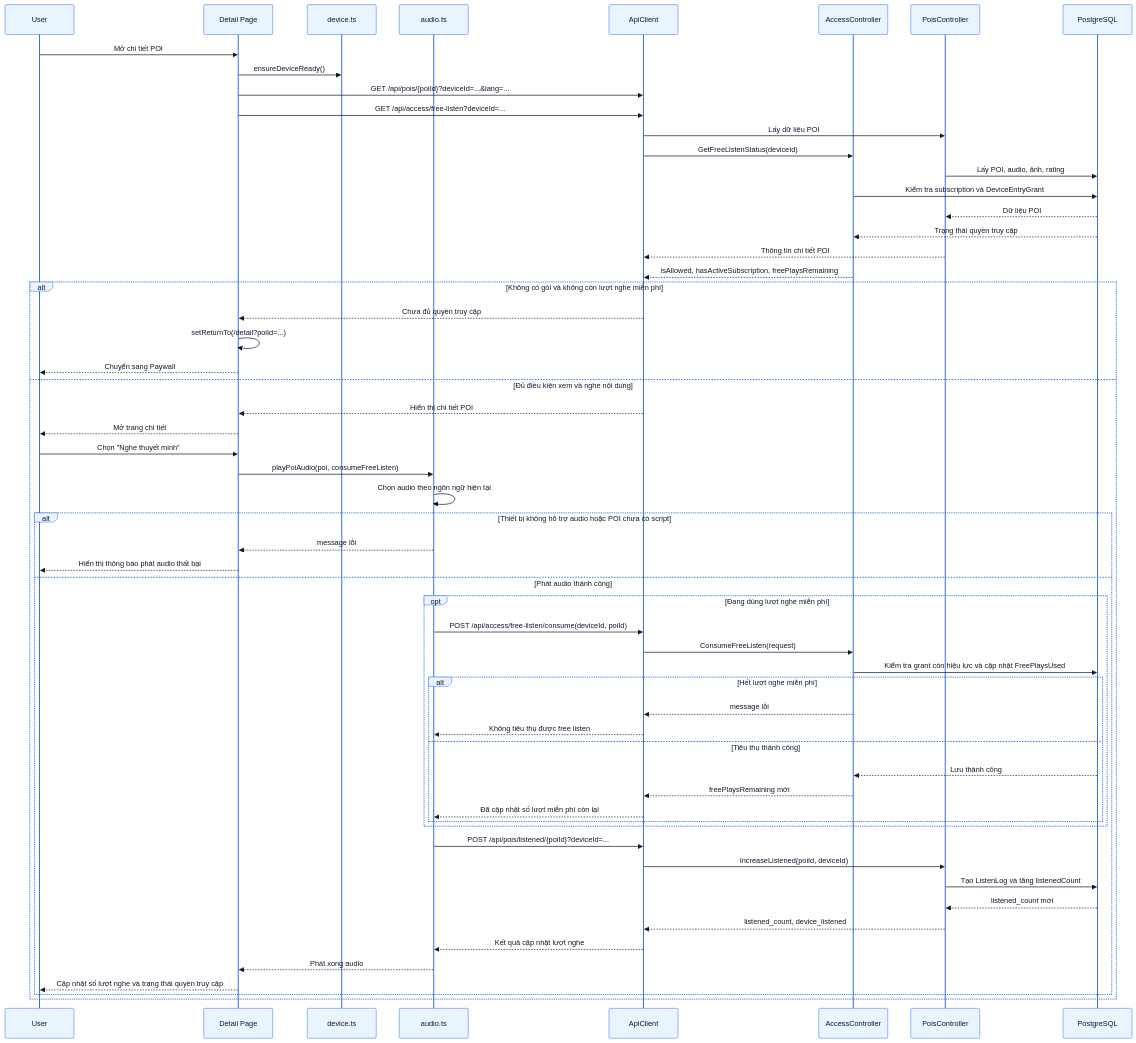
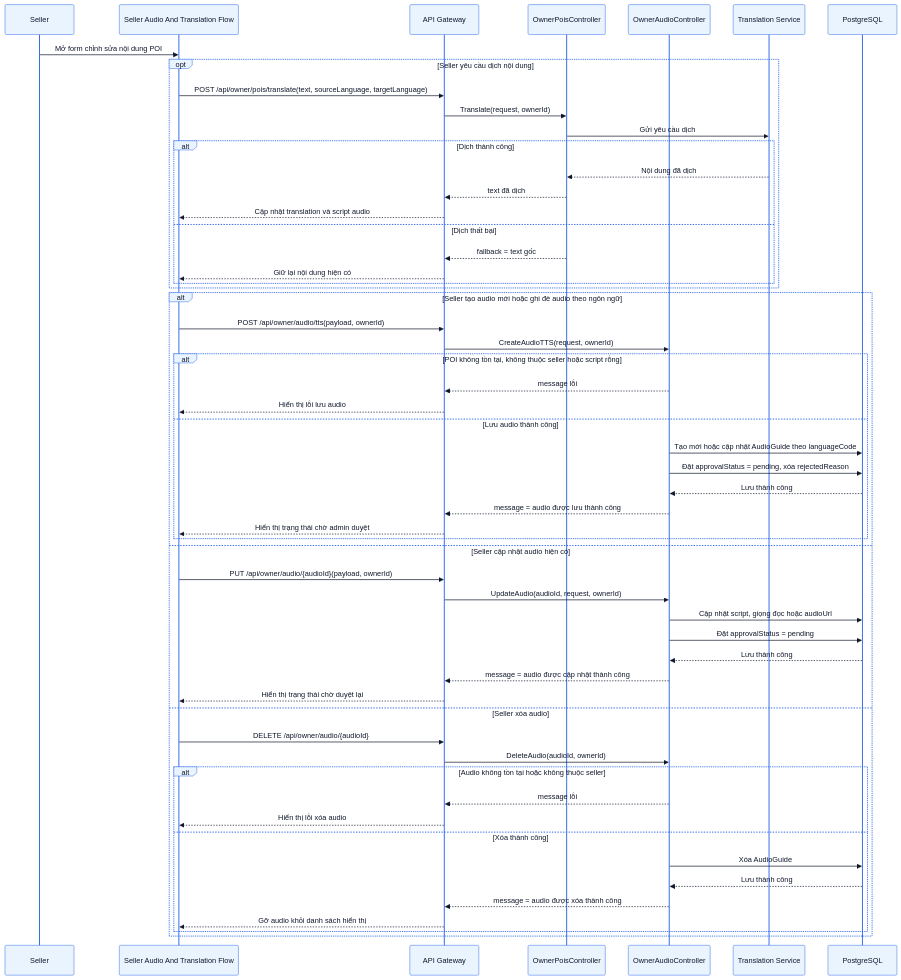
Diagram 12 of 30 in docs/PRD.md (thaiquanghieu/smart-guide-system), drawn with Mermaid before and after one commit. The commit also changed other lines of this file and 1 other file, not shown here.

````diff
--- a/docs/PRD.md
+++ b/docs/PRD.md
@@ -1098,82 +1441,80 @@
 ```mermaid
 %%{init: {
   "theme": "base",
   "themeVariables": {
     "primaryColor": "#EAF4FF",
     "primaryBorderColor": "#2563EB",
     "primaryTextColor": "#0F172A",
     "lineColor": "#2563EB",
     "secondaryColor": "#DBEAFE",
     "tertiaryColor": "#F8FBFF",
     "noteBkgColor": "#EFF6FF",
     "noteBorderColor": "#3B82F6",
     "activationBorderColor": "#2563EB",
     "activationBkgColor": "#DBEAFE",
     "sequenceNumberColor": "#0F172A"
   }
 }}%%
 sequenceDiagram
-    participant User as User
-    participant DetailPage as Detail Page
-    participant DeviceLib as device.ts
-    participant AudioSvc as audio.ts
-    participant API as ApiClient
-    participant AccessCtl as AccessController
-    participant PoiCtl as PoisController
+    participant Seller as Seller
+    participant ContentFlow as Seller Audio And Translation Flow
+    participant API as API Gateway
+    participant OwnerPoisCtl as OwnerPoisController
+    participant OwnerAudioCtl as OwnerAudioController
+    participant TranslateSvc as Translation Service
     participant DB as PostgreSQL
 
-    User ->> DetailPage: Mở chi tiết POI
-    DetailPage ->> DeviceLib: ensureDeviceReady()
-    DetailPage ->> API: GET /api/pois/{poiId}?deviceId=...&lang=...
-    DetailPage ->> API: GET /api/access/free-listen?deviceId=...
-    API ->> PoiCtl: Lấy dữ liệu POI
-    API ->> AccessCtl: GetFreeListenStatus(deviceId)
-    PoiCtl ->> DB: Lấy POI, audio, ảnh, rating
-    AccessCtl ->> DB: Kiểm tra subscription và DeviceEntryGrant
-    DB -->> PoiCtl: Dữ liệu POI
-    DB -->> AccessCtl: Trạng thái quyền truy cập
-    PoiCtl -->> API: Thông tin chi tiết POI
-    AccessCtl -->> API: isAllowed, hasActiveSubscription, freePlaysRemaining
+    Seller ->> ContentFlow: Mở form chỉnh sửa nội dung POI
 
-    alt Không có gói và không còn lượt nghe miễn phí
-        API -->> DetailPage: Chưa đủ quyền truy cập
-        DetailPage ->> DetailPage: setReturnTo(/detail?poiId=...)
-        DetailPage -->> User: Chuyển sang Paywall
-    else Đủ điều kiện xem và nghe nội dung
-        API -->> DetailPage: Hiển thị chi tiết POI
-        DetailPage -->> User: Mở trang chi tiết
+    opt Seller yêu cầu dịch nội dung
+        ContentFlow ->> API: POST /api/owner/pois/translate(text, sourceLanguage, targetLanguage)
+        API ->> OwnerPoisCtl: Translate(request, ownerId)
+        OwnerPoisCtl ->> TranslateSvc: Gửi yêu cầu dịch
 
-        User ->> DetailPage: Chọn "Nghe thuyết minh"
-        DetailPage ->> AudioSvc: playPoiAudio(poi, consumeFreeListen)
-        AudioSvc ->> AudioSvc: Chọn audio theo ngôn ngữ hiện tại
+        alt Dịch thành công
+            TranslateSvc -->> OwnerPoisCtl: Nội dung đã dịch
+            OwnerPoisCtl -->> API: text đã dịch
+            API -->> ContentFlow: Cập nhật translation và script audio
+        else Dịch thất bại
+            OwnerPoisCtl -->> API: fallback = text gốc
+            API -->> ContentFlow: Giữ lại nội dung hiện có
+        end
+    end
 
-        alt Thiết bị không hỗ trợ audio hoặc POI chưa có script
-            AudioSvc -->> DetailPage: message lỗi
-            DetailPage -->> User: Hiển thị thông báo phát audio thất bại
-        else Phát audio thành công
-            opt Đang dùng lượt nghe miễn phí
-                AudioSvc ->> API: POST /api/access/free-listen/consume(deviceId, poiId)
-                API ->> AccessCtl: ConsumeFreeListen(request)
-                AccessCtl ->> DB: Kiểm tra grant còn hiệu lực và cập nhật FreePlaysUsed
+    alt Seller tạo audio mới hoặc ghi đè audio theo ngôn ngữ
+        ContentFlow ->> API: POST /api/owner/audio/tts(payload, ownerId)
+        API ->> OwnerAudioCtl: CreateAudioTTS(request, ownerId)
 
-                alt Hết lượt nghe miễn phí
-                    AccessCtl -->> API: message lỗi
-                    API -->> AudioSvc: Không tiêu thụ được free listen
-                else Tiêu thụ thành công
-                    DB -->> AccessCtl: Lưu thành công
-                    AccessCtl -->> API: freePlaysRemaining mới
-                    API -->> AudioSvc: Đã cập nhật số lượt miễn phí còn lại
-                end
-            end
+        alt POI không tồn tại, không thuộc seller hoặc script rỗng
+            OwnerAudioCtl -->> API: message lỗi
+            API -->> ContentFlow: Hiển thị lỗi lưu audio
+        else Lưu audio thành công
+            OwnerAudioCtl ->> DB: Tạo mới hoặc cập nhật AudioGuide theo languageCode
+            OwnerAudioCtl ->> DB: Đặt approvalStatus = pending, xóa rejectedReason
+            DB -->> OwnerAudioCtl: Lưu thành công
+            OwnerAudioCtl -->> API: message = audio được lưu thành công
+            API -->> ContentFlow: Hiển thị trạng thái chờ admin duyệt
+        end
+    else Seller cập nhật audio hiện có
+        ContentFlow ->> API: PUT /api/owner/audio/{audioId}(payload, ownerId)
+        API ->> OwnerAudioCtl: UpdateAudio(audioId, request, ownerId)
+        OwnerAudioCtl ->> DB: Cập nhật script, giọng đọc hoặc audioUrl
+        OwnerAudioCtl ->> DB: Đặt approvalStatus = pending
+        DB -->> OwnerAudioCtl: Lưu thành công
+        OwnerAudioCtl -->> API: message = audio được cập nhật thành công
+        API -->> ContentFlow: Hiển thị trạng thái chờ duyệt lại
+    else Seller xóa audio
+        ContentFlow ->> API: DELETE /api/owner/audio/{audioId}
+        API ->> OwnerAudioCtl: DeleteAudio(audioId, ownerId)
 
-            AudioSvc ->> API: POST /api/pois/listened/{poiId}?deviceId=...
-            API ->> PoiCtl: IncreaseListened(poiId, deviceId)
-            PoiCtl ->> DB: Tạo ListenLog và tăng listenedCount
-            DB -->> PoiCtl: listened_count mới
-            PoiCtl -->> API: listened_count, device_listened
-            API -->> AudioSvc: Kết quả cập nhật lượt nghe
-            AudioSvc -->> DetailPage: Phát xong audio
-            DetailPage -->> User: Cập nhật số lượt nghe và trạng thái quyền truy cập
+        alt Audio không tồn tại hoặc không thuộc seller
+            OwnerAudioCtl -->> API: message lỗi
+            API -->> ContentFlow: Hiển thị lỗi xóa audio
+        else Xóa thành công
+            OwnerAudioCtl ->> DB: Xóa AudioGuide
+            DB -->> OwnerAudioCtl: Lưu thành công
+            OwnerAudioCtl -->> API: message = audio được xóa thành công
+            API -->> ContentFlow: Gỡ audio khỏi danh sách hiển thị
         end
     end
 ```
````
